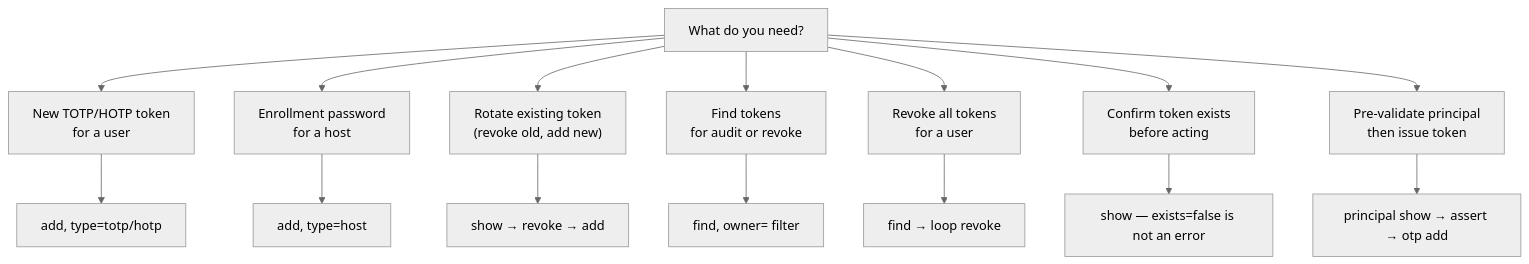
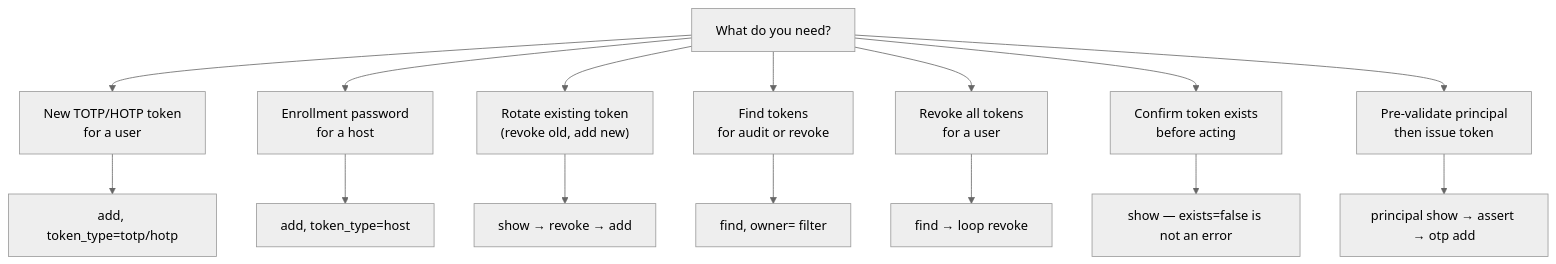
The first of 10 diagrams in docs/otp-capabilities.md (gprocunier/eigenstate-ipa), drawn with Mermaid (neutral theme) before and after one commit. The commit also changed other lines of this file and 14 other files, not shown here.

````diff
--- a/docs/otp-capabilities.md
+++ b/docs/otp-capabilities.md
@@ -35,28 +35,28 @@
 ```mermaid
 flowchart TD
     q["What do you need?"]
 
     new_token["New TOTP/HOTP token\nfor a user"]
     enroll_pw["Enrollment password\nfor a host"]
     rotate["Rotate existing token\n(revoke old, add new)"]
     find_tokens["Find tokens\nfor audit or revoke"]
     revoke_all["Revoke all tokens\nfor a user"]
     check["Confirm token exists\nbefore acting"]
     cross["Pre-validate principal\nthen issue token"]
 
     q --> new_token
     q --> enroll_pw
     q --> rotate
     q --> find_tokens
     q --> revoke_all
     q --> check
     q --> cross
 
-    new_token --> add_totp["add, type=totp/hotp"]
-    enroll_pw --> add_host["add, type=host"]
+    new_token --> add_totp["add, token_type=totp/hotp"]
+    enroll_pw --> add_host["add, token_type=host"]
     rotate --> find_then_add["show → revoke → add"]
     find_tokens --> find_op["find, owner= filter"]
     revoke_all --> bulk_revoke["find → loop revoke"]
     check --> show_op["show — exists=false is not an error"]
     cross --> principal_first["principal show → assert → otp add"]
 ```
````
